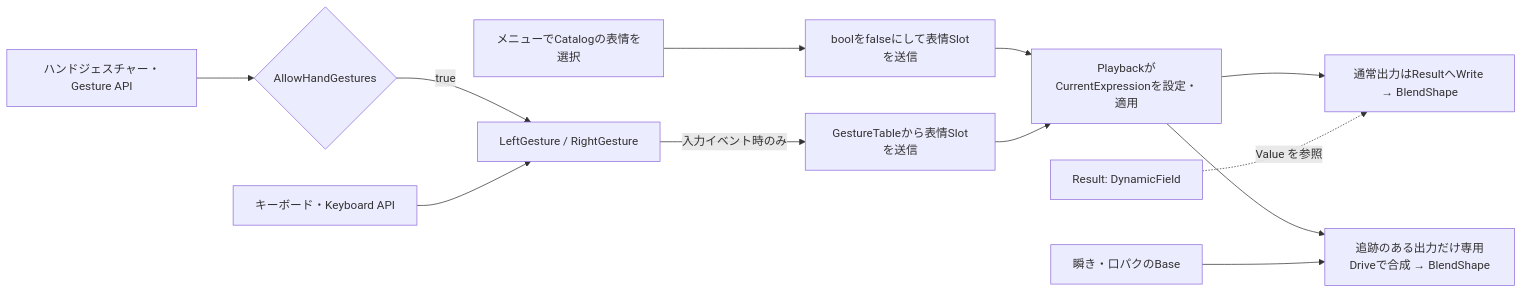
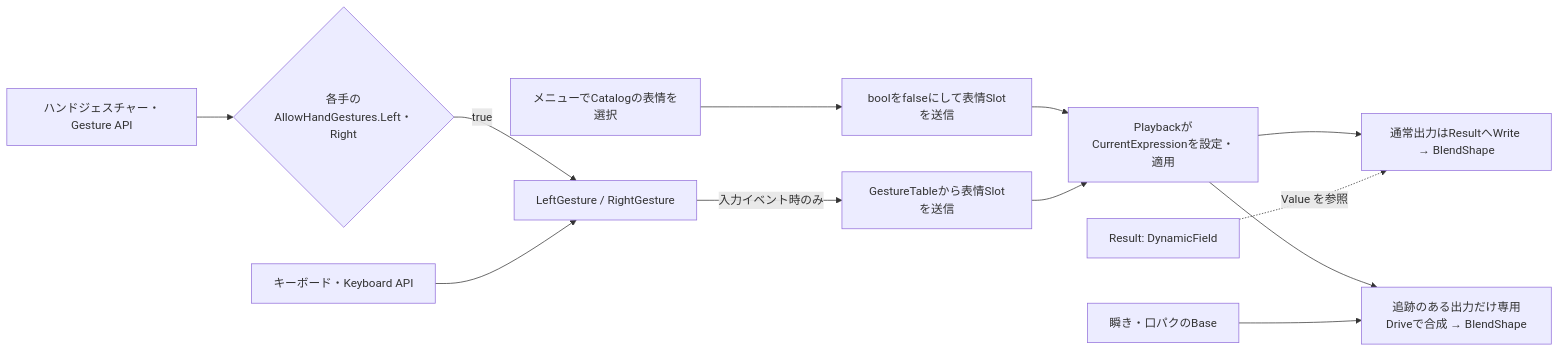
One commit to orange3134/VRMtoResonitePackage changed the diagram in docs/expression-system.md. Above: the diagram before and after it, drawn with Mermaid. The commit also changed other lines of this file and 16 other files, not shown here.

Commit message:
Add per-hand gesture permissions and side-specific context toggles

````diff
--- a/docs/expression-system.md
+++ b/docs/expression-system.md
@@ -25,14 +39,14 @@
 ```mermaid
 flowchart LR
-    H[ハンドジェスチャー・Gesture API] --> G{AllowHandGestures}
+    H[ハンドジェスチャー・Gesture API] --> G{各手のAllowHandGestures.Left・Right}
     G -->|true| S[LeftGesture / RightGesture]
     K[キーボード・Keyboard API] --> S
     D[メニューでCatalogの表情を選択] --> T[boolをfalseにして表情Slotを送信]
     T --> R
     S -->|入力イベント時のみ| P[GestureTableから表情Slotを送信]
     P --> R[PlaybackがCurrentExpressionを設定・適用]
     R --> V[通常出力はResultへWrite → BlendShape]
     R --> Q[追跡のある出力だけ専用Driveで合成 → BlendShape]
     B[瞬き・口パクのBase] --> Q
     Result[Result: DynamicField] -. Value を参照 .-> V
 ```
````
